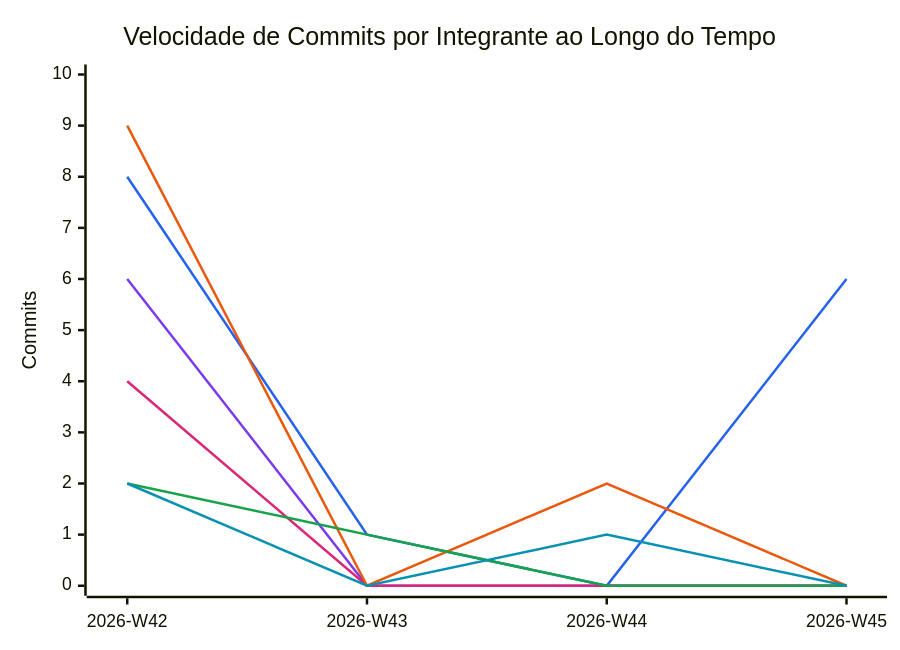
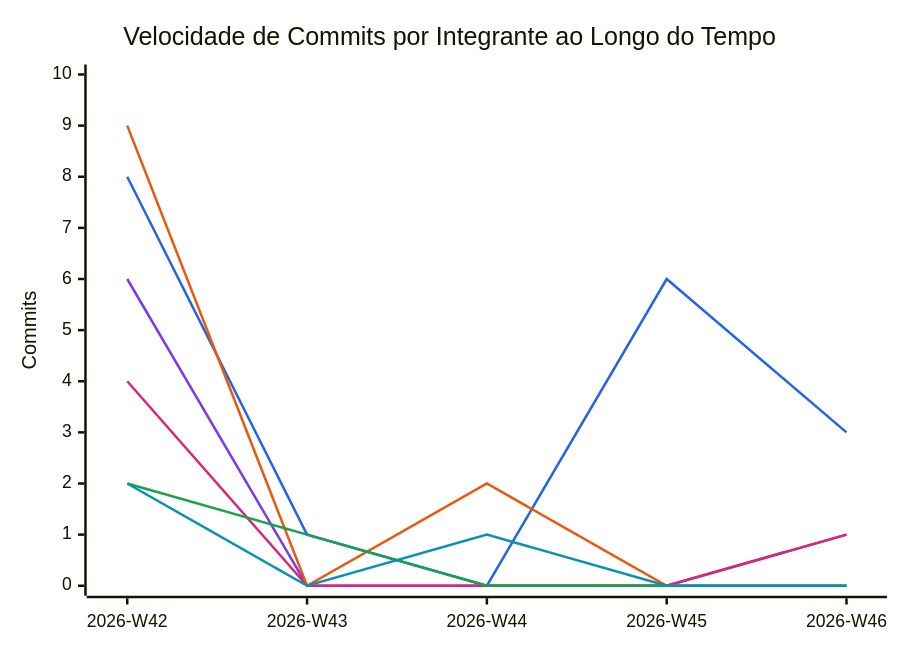
One commit to FCTE-Qualidade-de-Software-1/2026-2_T02_KAY_MCNULTY changed the diagram in snippets/commit-velocity.mmd. Above: the diagram before and after it, drawn with Mermaid. The commit also changed 11 other files, not shown here.

```diff
--- a/snippets/commit-velocity.mmd
+++ b/snippets/commit-velocity.mmd
@@ -1,11 +1,11 @@
 %%{init: {"themeVariables": {"xyChart": {"plotColorPalette": "#2563eb, #7c3aed, #db2777, #ea580c, #16a34a, #0891b2"}}}}%%
 xychart-beta
     title "Velocidade de Commits por Integrante ao Longo do Tempo"
-    x-axis ["2026-W42", "2026-W43", "2026-W44", "2026-W45"]
+    x-axis ["2026-W42", "2026-W43", "2026-W44", "2026-W45", "2026-W46"]
     y-axis "Commits" 0 --> 10
-    line [8, 1, 0, 6]
-    line [6, 0, 0, 0]
-    line [4, 0, 0, 0]
-    line [9, 0, 2, 0]
-    line [2, 1, 0, 0]
-    line [2, 0, 1, 0]
+    line [8, 1, 0, 6, 3]
+    line [6, 0, 0, 0, 1]
+    line [4, 0, 0, 0, 1]
+    line [9, 0, 2, 0, 0]
+    line [2, 1, 0, 0, 0]
+    line [2, 0, 1, 0, 0]
```
